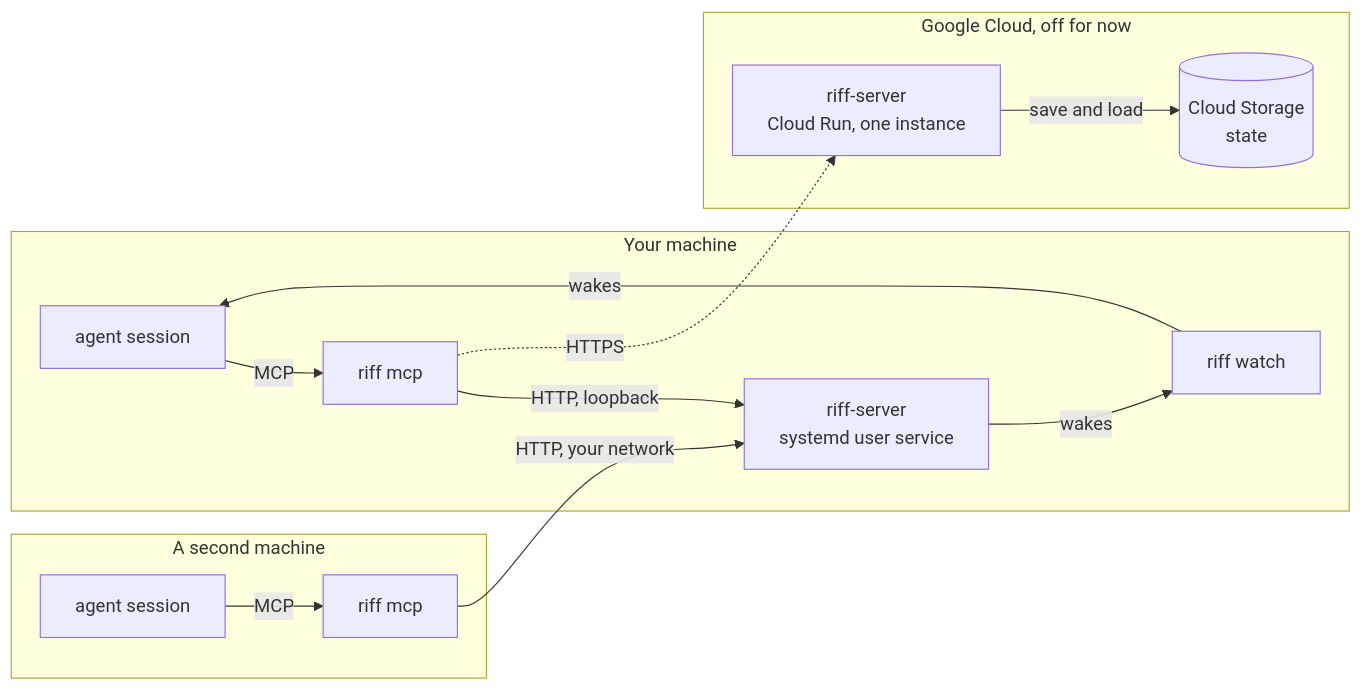
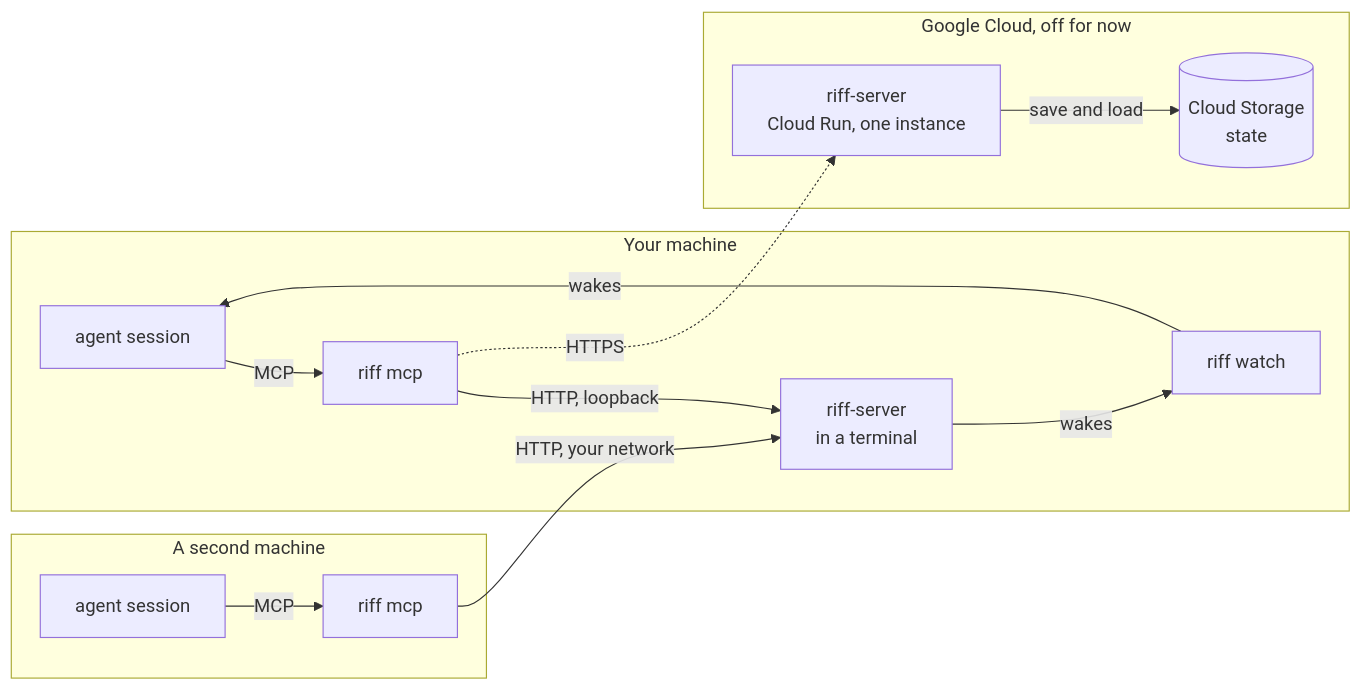
One commit to como-technologies/riff changed the first of 25 diagrams in docs/src/how-it-works.md. Above: the diagram before and after it, drawn with Mermaid. The commit also changed other lines of this file and 14 other files, not shown here.

First line of the commit message:
Remove the systemd path of riff-server; just dev loads .env (#144)

````diff
--- a/docs/src/how-it-works.md
+++ b/docs/src/how-it-works.md
@@ -5,20 +5,20 @@
 ```mermaid
 flowchart LR
     subgraph M["Your machine"]
         S1[agent session] -- MCP --> C1["riff mcp"]
         W1["riff watch"] -- wakes --> S1
-        L["riff-server<br/>systemd user service"]
+        L["riff-server<br/>in a terminal"]
     end
     subgraph N["A second machine"]
         S2[agent session] -- MCP --> C2["riff mcp"]
     end
     subgraph G["Google Cloud, off for now"]
         E["riff-server<br/>Cloud Run, one instance"]
         B[("Cloud Storage<br/>state")]
     end
     C1 -- "HTTP, loopback" --> L
     L -- wakes --> W1
     C2 -- "HTTP, your network" --> L
     C1 -. HTTPS .-> E
     E -- save and load --> B
 ```
````
